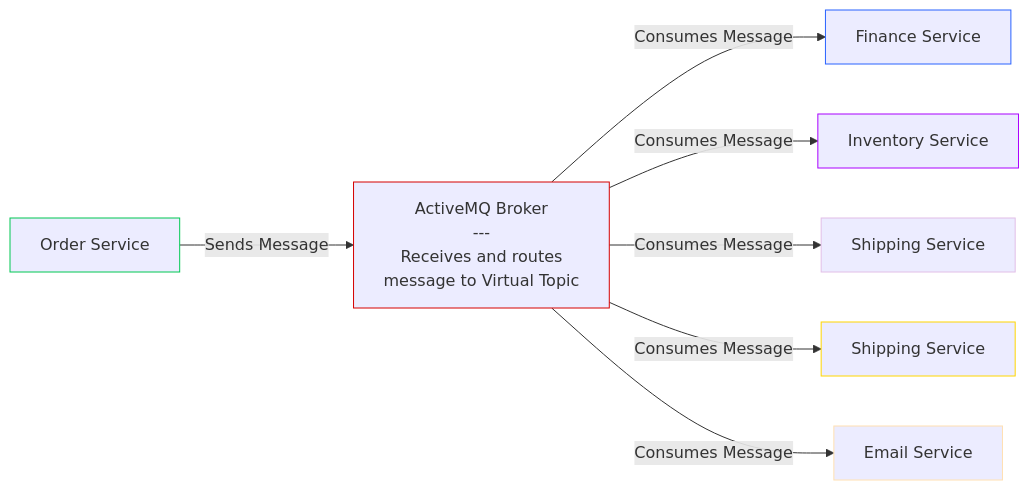
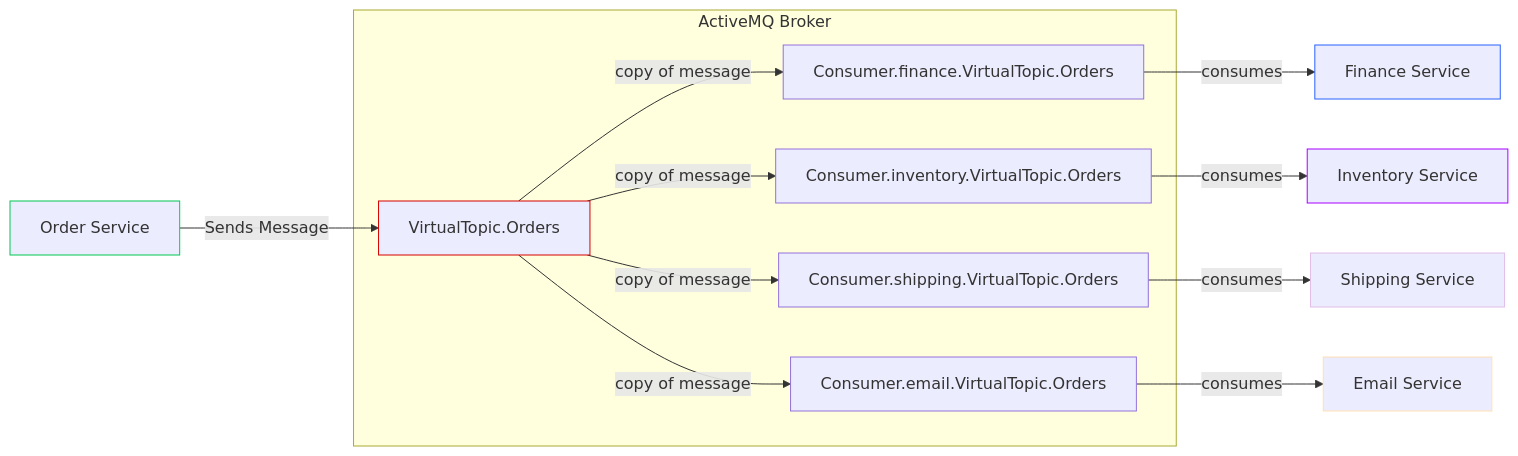
Before and after one commit to Waleed2660/springboot-learning-kit: the fourth of 5 diagrams in tasks/Task_4.md, drawn with Mermaid. The commit also changed other lines of this file and 15 other files, not shown here.

````diff
--- a/tasks/Task_4.md
+++ b/tasks/Task_4.md
@@ -68,17 +85,22 @@
 ```mermaid
 flowchart LR
-    A["Order Service"] -- Sends Message --> B["ActiveMQ Broker<br>---<br>Receives and routes<br>message to Virtual Topic"]
-    B -- Consumes Message --> C["Finance Service"]
-    B -- Consumes Message --> D["Inventory Service"]
-    B -- Consumes Message --> E["Shipping Service"]
-    B -- Consumes Message --> F["Shipping Service"]
-    B -- Consumes Message --> G["Email Service"]
-
+    A["Order Service"] -- Sends Message --> B["VirtualTopic.Orders"]
+    B --> |copy of message| H["Consumer.finance.VirtualTopic.Orders"] --> |consumes| C["Finance Service"]
+    B --> |copy of message| I["Consumer.inventory.VirtualTopic.Orders"] --> |consumes| D["Inventory Service"]
+    B --> |copy of message| J["Consumer.shipping.VirtualTopic.Orders"] --> |consumes| E["Shipping Service"]
+    B --> |copy of message| L["Consumer.email.VirtualTopic.Orders"] --> |consumes| G["Email Service"]
+    
+    subgraph "ActiveMQ Broker"
+    B
+    H
+    I
+    J
+    L
+    end
     style A stroke:#00C853
     style B stroke:#D50000
     style C stroke:#2962FF
     style D stroke:#AA00FF
     style E stroke:#E1BEE7
-    style F stroke:#FFD600
     style G stroke:#FFE0B2
 ```
````
